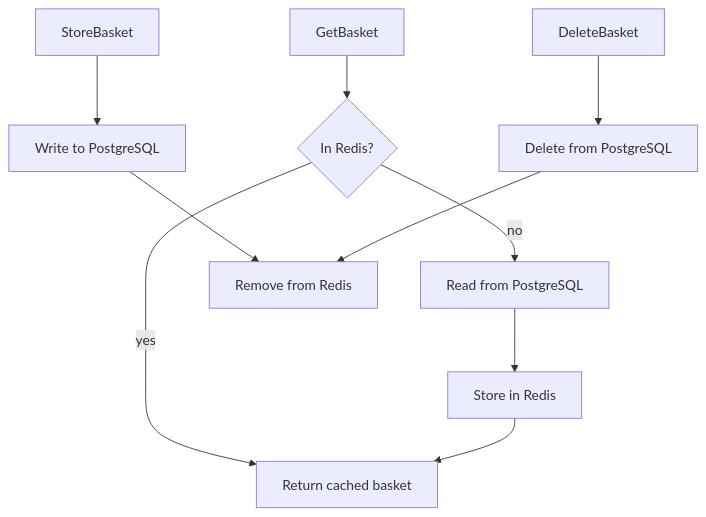
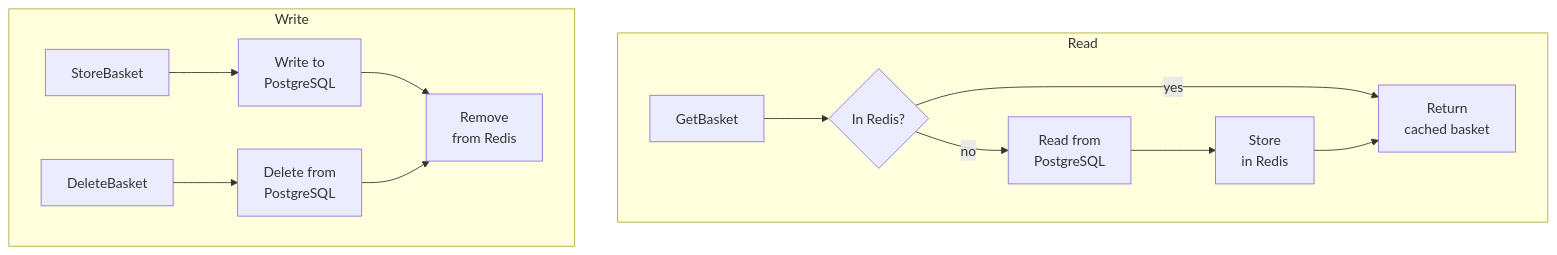
Before and after one commit to raselahmedit09/eshop-microservices-architecture: the third of 4 diagrams in README.md, drawn with Mermaid. The commit also changed other lines of this file, not shown here.

Commit message:
Enhance README.md with improved flowchart formatting for basket caching and ordering architecture

````diff
--- a/README.md
+++ b/README.md
@@ -101,9 +101,17 @@
 ```mermaid
 flowchart TD
-    get[GetBasket] --> hit{In Redis?}
-    hit -->|yes| ret[Return cached basket]
-    hit -->|no| pg[Read from PostgreSQL] --> set[Store in Redis] --> ret
+    subgraph read["Read"]
+        get["GetBasket"] --> hit{"In Redis?"}
+        hit -->|yes| ret["Return<br/>cached basket"]
+        hit -->|no| pg["Read from<br/>PostgreSQL"]
+        pg --> put["Store<br/>in Redis"]
+        put --> ret
+    end
 
-    store[StoreBasket] --> pgw[Write to PostgreSQL] --> rm[Remove from Redis]
-    del[DeleteBasket] --> pgd[Delete from PostgreSQL] --> rm
+    subgraph write["Write"]
+        store["StoreBasket"] --> pgw["Write to<br/>PostgreSQL"]
+        del["DeleteBasket"] --> pgd["Delete from<br/>PostgreSQL"]
+        pgw --> rm["Remove<br/>from Redis"]
+        pgd --> rm
+    end
 ```
````
